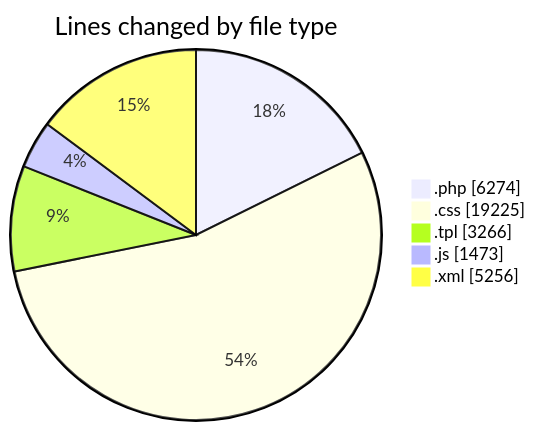
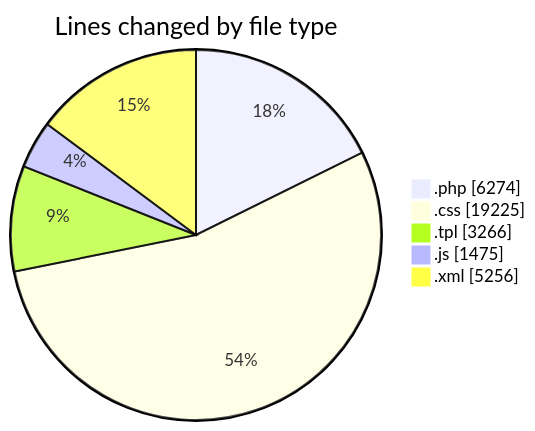
Before and after one commit to vahidmafi/code-tracking: the first of 2 diagrams in 2025-03-23/zeytoon/README.md, drawn with Mermaid. The commit also changed other lines of this file and 1 other file, not shown here.

````diff
--- a/2025-03-23/zeytoon/README.md
+++ b/2025-03-23/zeytoon/README.md
@@ -33,9 +33,9 @@
 ```mermaid
 pie showData
 title Lines changed by file type
 ".php" : 6274
 ".css" : 19225
 ".tpl" : 3266
-".js" : 1473
+".js" : 1475
 ".xml" : 5256
 ```
````
